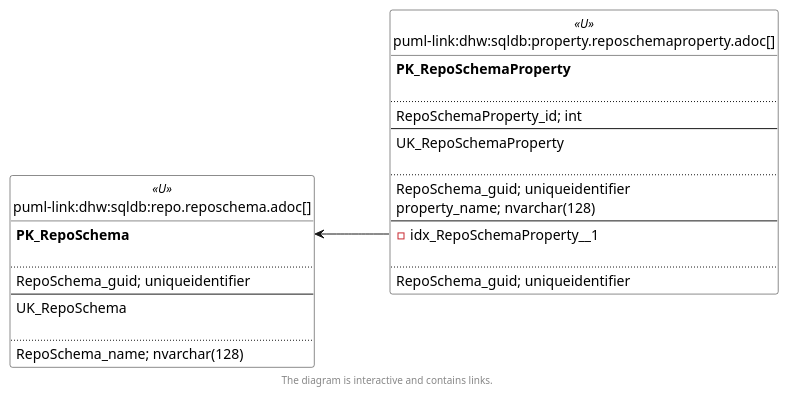
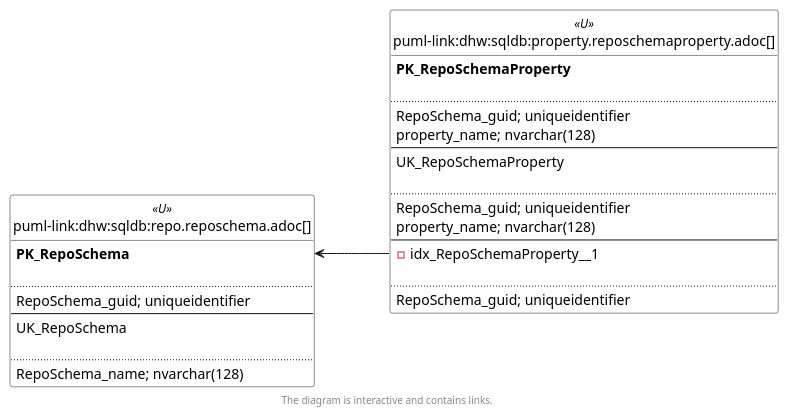
One commit to DataHandwerk/dhw-antora-sqldb changed the second of 6 diagrams in docs/modules/sqldb/partials/content/repo.reposchema.adoc. Above: the diagram before and after it, drawn with PlantUML. The commit also changed other lines of this file and 751 other files, not shown here.

```diff
--- a/docs/modules/sqldb/partials/content/repo.reposchema.adoc
+++ b/docs/modules/sqldb/partials/content/repo.reposchema.adoc
@@ -999,66 +999,67 @@
 [plantuml, entity_1_1_fk-{docname}, svg, subs=macros]
 ....
 @startuml
 left to right direction
 'top to bottom direction
 hide circle
 'avoide "." issues:
 set namespaceSeparator none
 
 
 skinparam class {
   BackgroundColor White
   BackgroundColor<<FN>> Yellow
   BackgroundColor<<FS>> Yellow
   BackgroundColor<<FT>> LightGray
   BackgroundColor<<IF>> Yellow
   BackgroundColor<<IS>> Yellow
   BackgroundColor<<P>>  Aqua
   BackgroundColor<<PC>> Aqua
   BackgroundColor<<SN>> Yellow
   BackgroundColor<<SO>> SlateBlue
   BackgroundColor<<TF>> LightGray
   BackgroundColor<<TR>> Tomato
   BackgroundColor<<U>>  White
   BackgroundColor<<V>>  WhiteSmoke
   BackgroundColor<<X>>  Aqua
   BackgroundColor<<external>> AliceBlue
 }
 
 
 entity "puml-link:dhw:sqldb:property.reposchemaproperty.adoc[]" as property.RepoSchemaProperty << U >> {
 **PK_RepoSchemaProperty**
 
 ..
-RepoSchemaProperty_id; int
+RepoSchema_guid; uniqueidentifier
+property_name; nvarchar(128)
 --
 UK_RepoSchemaProperty
 
 ..
 RepoSchema_guid; uniqueidentifier
 property_name; nvarchar(128)
 --
 - idx_RepoSchemaProperty__1
 
 ..
 RepoSchema_guid; uniqueidentifier
 }
 
 entity "puml-link:dhw:sqldb:repo.reposchema.adoc[]" as repo.RepoSchema << U >> {
 **PK_RepoSchema**
 
 ..
 RepoSchema_guid; uniqueidentifier
 --
 UK_RepoSchema
 
 ..
 RepoSchema_name; nvarchar(128)
 }
 
 "repo.RepoSchema::PK_RepoSchema" <-- "property.RepoSchemaProperty::idx_RepoSchemaProperty__1"
 
 footer The diagram is interactive and contains links.
 
 @enduml
 ....
```
